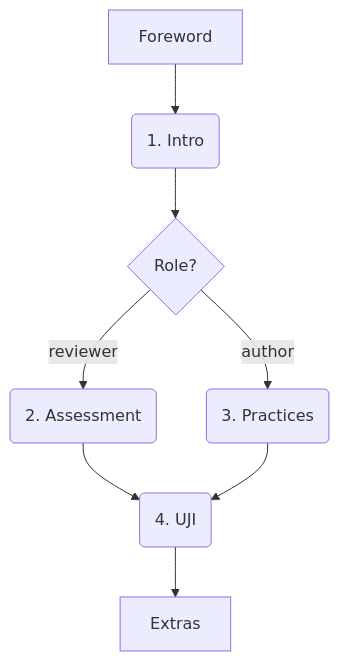
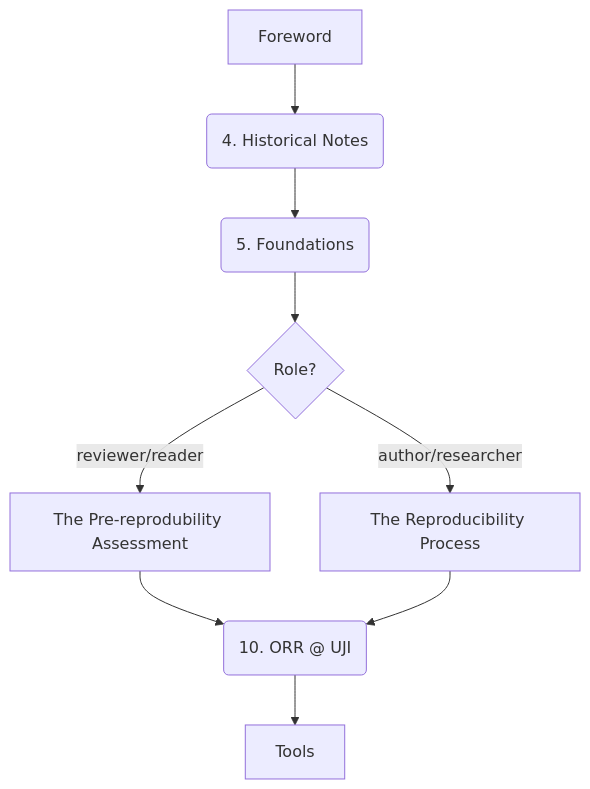
The diagram in materials/00-units.qmd (cgranell/orr), drawn with Mermaid before and after one commit. The commit also changed other lines of this file and 8 other files, not shown here.

````diff
--- a/materials/00-units.qmd
+++ b/materials/00-units.qmd
@@ -7,12 +7,14 @@
 ```{mermaid}
 %%| fig-caption: "Course structure and navigation."
 %%| fig-align: center
+%%| theme: neutral
 flowchart TB
-  A[Foreword] --> B(1. Intro)
-  B --> C{Role?}
-  C --> |reviewer| D(2. Assessment)
-  C --> |author| E(3. Practices)
-  D --> F(4. UJI)
-  E --> F(4. UJI)
-  F --> G[Extras]
+  A[Foreword] --> B(4. Historical Notes)
+  B --> C(5. Foundations)
+  C --> D{Role?}
+  D --> |reviewer/reader| E[The Pre-reprodubility Assessment]
+  D --> |author/researcher| F[The Reproducibility Process]
+  E --> G(10. ORR @ UJI)
+  F --> G(10. ORR @ UJI)
+  G --> H[Tools]
 ```
````
